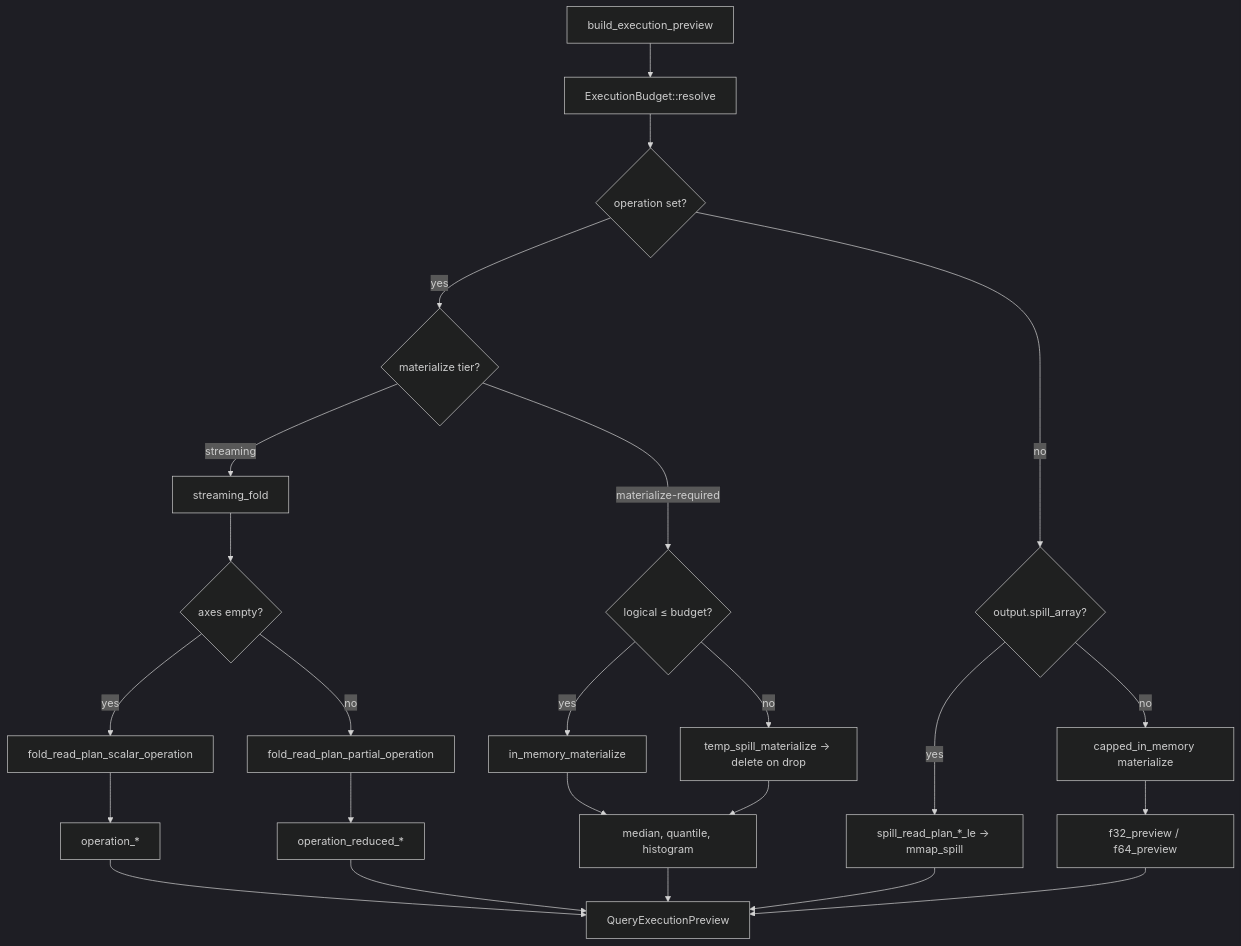
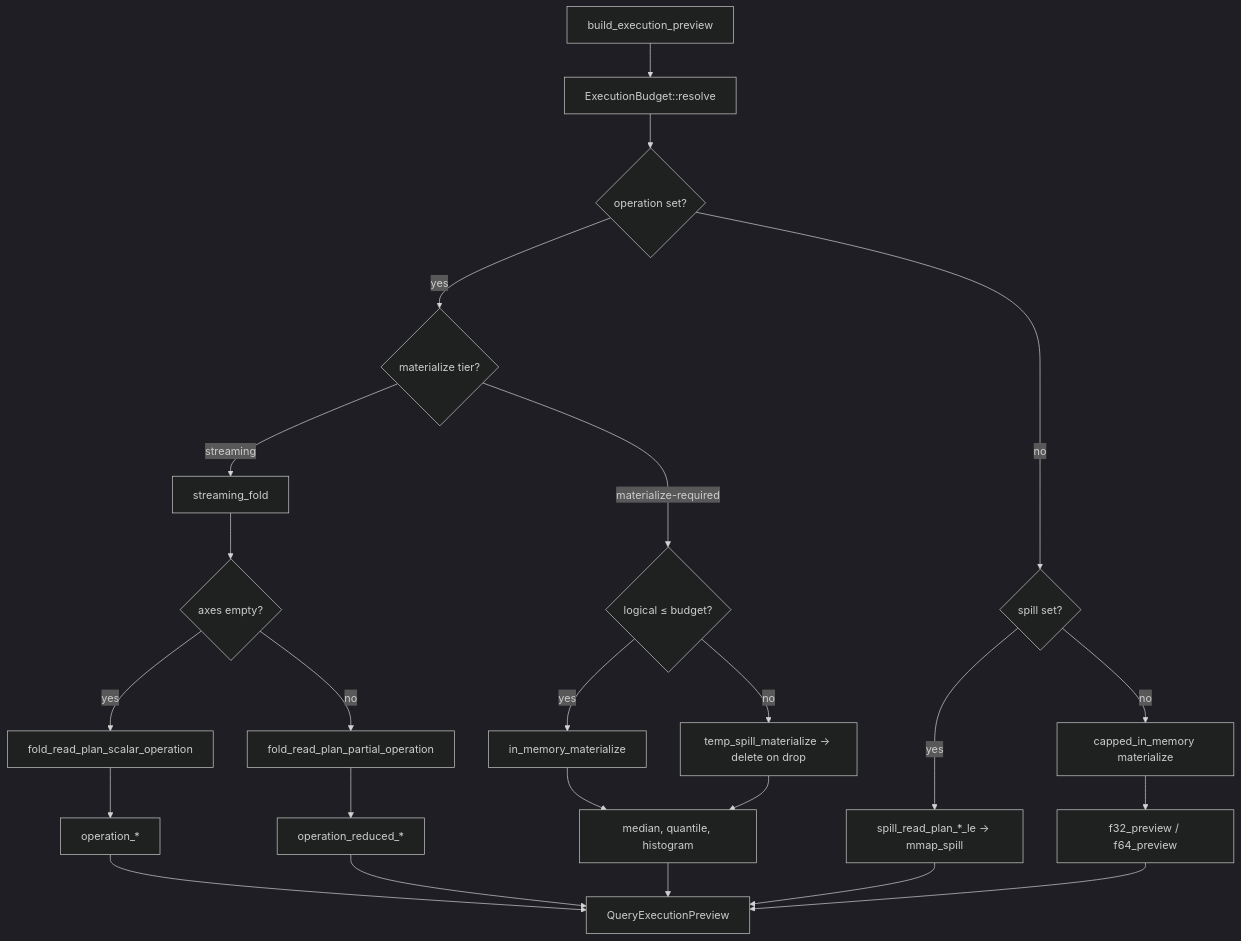
One commit to thicclatka/tetration changed the second of 2 diagrams in docs/query_engine.md. Above: the diagram before and after it, drawn with Mermaid (dark theme). The commit also changed other lines of this file and 20 other files, not shown here.

````diff
--- a/docs/query_engine.md
+++ b/docs/query_engine.md
@@ -177,32 +177,32 @@
 ```mermaid
 flowchart TD
     BEP["build_execution_preview"]
     Budget["ExecutionBudget::resolve"]
     BEP --> Budget
     Budget --> OpGate{"operation set?"}
 
     OpGate -->|yes| TierGate{"materialize tier?"}
     TierGate -->|streaming| FoldPath["streaming_fold"]
     FoldPath --> Axes{"axes empty?"}
     Axes -->|yes| ScalarFold["fold_read_plan_scalar_operation"]
     Axes -->|no| PartialFold["fold_read_plan_partial_operation"]
     ScalarFold --> OpFields["operation_*"]
     PartialFold --> Reduced["operation_reduced_*"]
     OpFields --> Done["QueryExecutionPreview"]
     Reduced --> Done
 
     TierGate -->|materialize-required| MatGate{"logical ≤ budget?"}
     MatGate -->|yes| InRam["in_memory_materialize"]
     MatGate -->|no| TempSpill["temp_spill_materialize → delete on drop"]
     InRam --> TierCOp["median, quantile, histogram"]
     TempSpill --> TierCOp
     TierCOp --> Done
 
-    OpGate -->|no| SpillGate{"output.spill_array?"}
+    OpGate -->|no| SpillGate{"spill set?"}
     SpillGate -->|yes| Spill["spill_read_plan_*_le → mmap_spill"]
     Spill --> Done
 
     SpillGate -->|no| CapMat["capped_in_memory materialize"]
     CapMat --> Preview["f32_preview / f64_preview"]
     Preview --> Done
 ```
````
